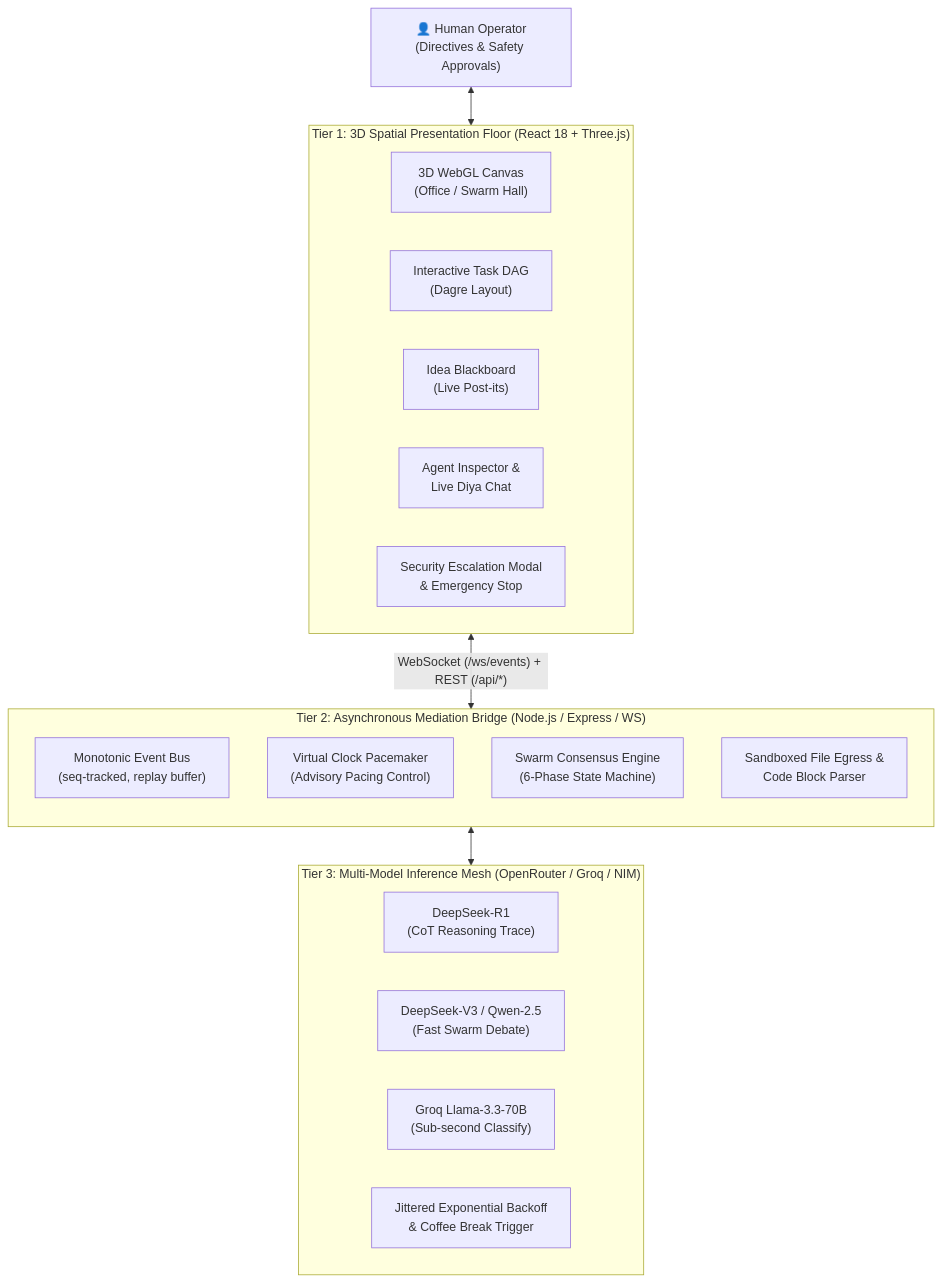
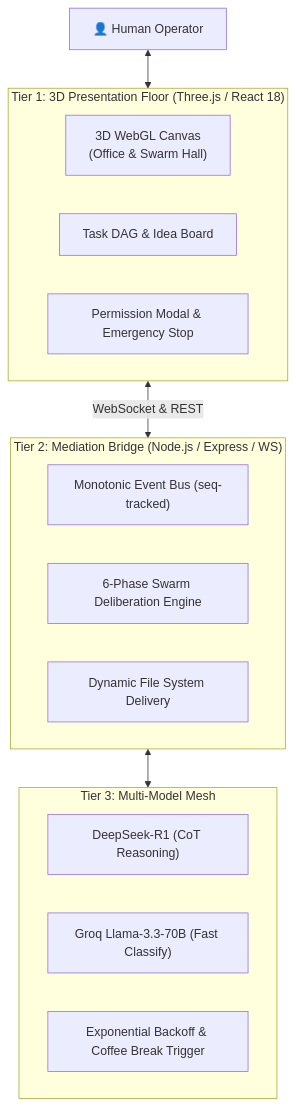
One commit to atharv1909/BenchMates changed the second of 3 diagrams in README.md. Above: the diagram before and after it, drawn with Mermaid. The commit also changed other lines of this file, not shown here.

````diff
--- a/README.md
+++ b/README.md
@@ -140,33 +89,26 @@
 ```mermaid
 flowchart TB
-    U["👤 Human Operator<br/>(Directives & Safety Approvals)"]
+    User["👤 Human Operator"]
 
-    subgraph FLOOR["Tier 1: 3D Spatial Presentation Floor (React 18 + Three.js)"]
-        direction LR
-        CANVAS["3D WebGL Canvas<br/>(Office / Swarm Hall)"]
-        DAG["Interactive Task DAG<br/>(Dagre Layout)"]
-        BOARD["Idea Blackboard<br/>(Live Post-its)"]
-        INSP["Agent Inspector &<br/>Live Diya Chat"]
-        GATE_MODAL["Security Escalation Modal<br/>& Emergency Stop"]
+    subgraph Floor["Tier 1: 3D Presentation Floor (Three.js / React 18)"]
+        Canvas["3D WebGL Canvas<br/>(Office & Swarm Hall)"]
+        DAG["Task DAG & Idea Board"]
+        Safety["Permission Modal & Emergency Stop"]
     end
 
-    subgraph BRIDGE["Tier 2: Asynchronous Mediation Bridge (Node.js / Express / WS)"]
-        direction TB
-        BUS["Monotonic Event Bus<br/>(seq-tracked, replay buffer)"]
-        PACER["Virtual Clock Pacemaker<br/>(Advisory Pacing Control)"]
-        DELIB["Swarm Consensus Engine<br/>(6-Phase State Machine)"]
-        SAFE["Sandboxed File Egress &<br/>Code Block Parser"]
+    subgraph Bridge["Tier 2: Mediation Bridge (Node.js / Express / WS)"]
+        Bus["Monotonic Event Bus (seq-tracked)"]
+        SwarmEngine["6-Phase Swarm Deliberation Engine"]
+        DiskWriter["Dynamic File System Delivery"]
     end
 
-    subgraph MESH["Tier 3: Multi-Model Inference Mesh (OpenRouter / Groq / NIM)"]
-        direction LR
-        REASON["DeepSeek-R1<br/>(CoT Reasoning Trace)"]
-        CHAT["DeepSeek-V3 / Qwen-2.5<br/>(Fast Swarm Debate)"]
-        LPU["Groq Llama-3.3-70B<br/>(Sub-second Classify)"]
-        BACKOFF["Jittered Exponential Backoff<br/>& Coffee Break Trigger"]
+    subgraph Models["Tier 3: Multi-Model Mesh"]
+        DSR1["DeepSeek-R1 (CoT Reasoning)"]
+        Groq["Groq Llama-3.3-70B (Fast Classify)"]
+        Backoff["Exponential Backoff & Coffee Break Trigger"]
     end
 
-    U <--> FLOOR
-    FLOOR <-->|"WebSocket (/ws/events) + REST (/api/*)"| BRIDGE
-    BRIDGE <--> MESH
+    User <--> Floor
+    Floor <-->|"WebSocket & REST"| Bridge
+    Bridge <--> Models
 ```
````
